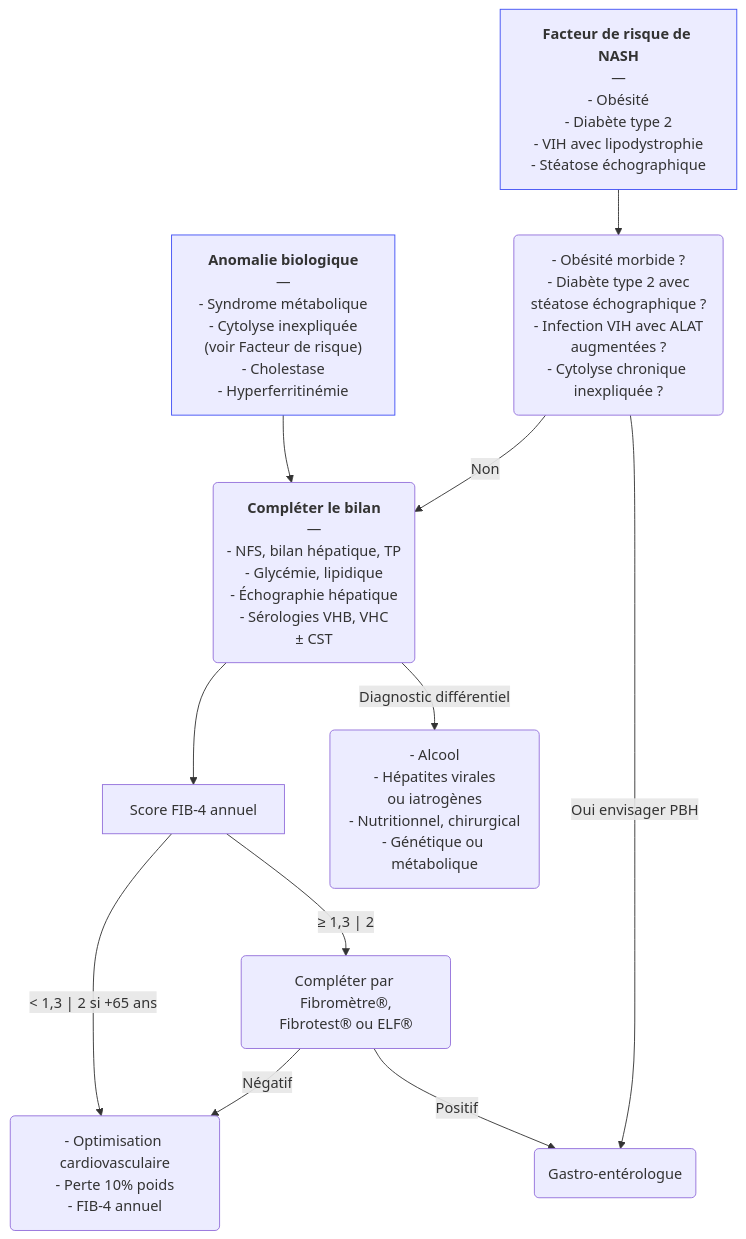
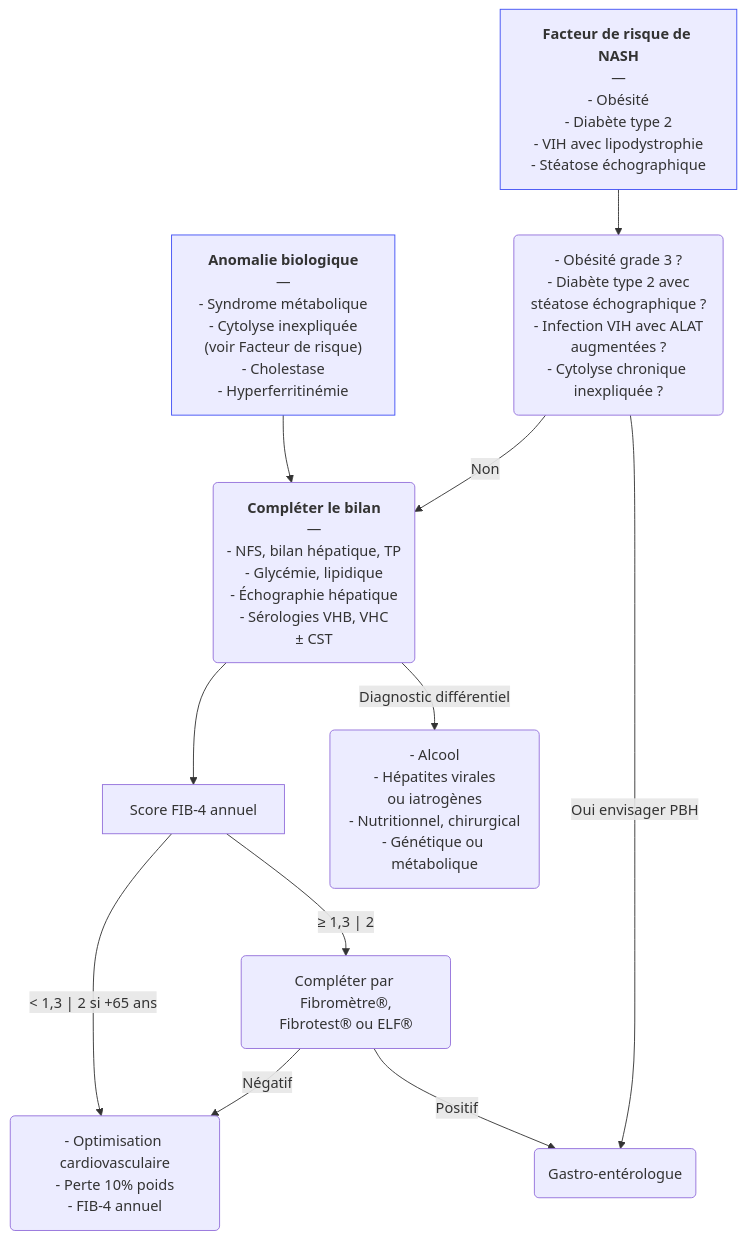
One commit to djibe/recommandations-medicales changed the diagram in content/recommandations/steatose-hepatique-et-nash.md. Above: the diagram before and after it, drawn with Mermaid. The commit also changed other lines of this file and 14 other files, not shown here.

Commit message:
New flowcharts

```diff
--- a/content/recommandations/steatose-hepatique-et-nash.md
+++ b/content/recommandations/steatose-hepatique-et-nash.md
@@ -215,16 +215,16 @@
 {{< mermaid title="Prise en charge de la stéatohépatite non alcoolique (NASH). Dr JB Fron d'après AFEF 2020 et SNFGE/AFEF 2019">}}
 graph TB
   anomalie["<strong>Anomalie biologique</strong><br>—<br>- Syndrome métabolique<br>- Cytolyse inexpliquée<br>(voir Facteur de risque)<br>- Cholestase<br>- Hyperferritinémie"] --> bilan
   style anomalie stroke:#4150f5, stroke-width:1px
-  fdr["<strong>Facteur de risque de NASH</strong><br>—<br>- Obésité<br>- Diabète type 2<br>- VIH avec lipodystrophie<br>- Stéatose échographique"] --> hautRisque("- Obésité morbide ?<br>- Diabète type 2 avec<br>stéatose échographique ?<br>- Infection VIH avec ALAT<br>augmentées ?<br>- Cytolyse chronique inexpliquée ?")
+  fdr["<strong>Facteur de risque de NASH</strong><br>—<br>- Obésité<br>- Diabète type 2<br>- VIH avec lipodystrophie<br>- Stéatose échographique"] --> hautRisque("- Obésité grade 3 ?<br>- Diabète type 2 avec<br>stéatose échographique ?<br>- Infection VIH avec ALAT<br>augmentées ?<br>- Cytolyse chronique inexpliquée ?")
   hautRisque -- Non --> bilan
   hautRisque -- Oui envisager PBH--> gastro
   bilan("<strong>Compléter le bilan</strong><br>—<br>- NFS, bilan hépatique, TP<br>- Glycémie, lipidique<br>- Échographie hépatique<br>- Sérologies VHB, VHC<br>± CST")
     bilan --> fib4[Score FIB-4 annuel]
       fib4 -- "&lt; 1,3 | 2 si +65 ans" --> rhd("- Optimisation cardiovasculaire<br>- Perte 10% poids<br>- FIB-4 annuel")
       fib4 -- "≥ 1,3 | 2" --> nonInvasif("Compléter par Fibromètre®,<br>Fibrotest® ou ELF®")
         nonInvasif -- Négatif --> rhd
         nonInvasif -- Positif --> gastro(Gastro-entérologue)
     bilan -- Diagnostic différentiel --> differentiel("- Alcool<br>- Hépatites virales<br>ou iatrogènes<br>- Nutritionnel, chirurgical<br>- Génétique ou métabolique")
   style fdr stroke:#4150f5, stroke-width:1px
 {{< /mermaid >}}
```
